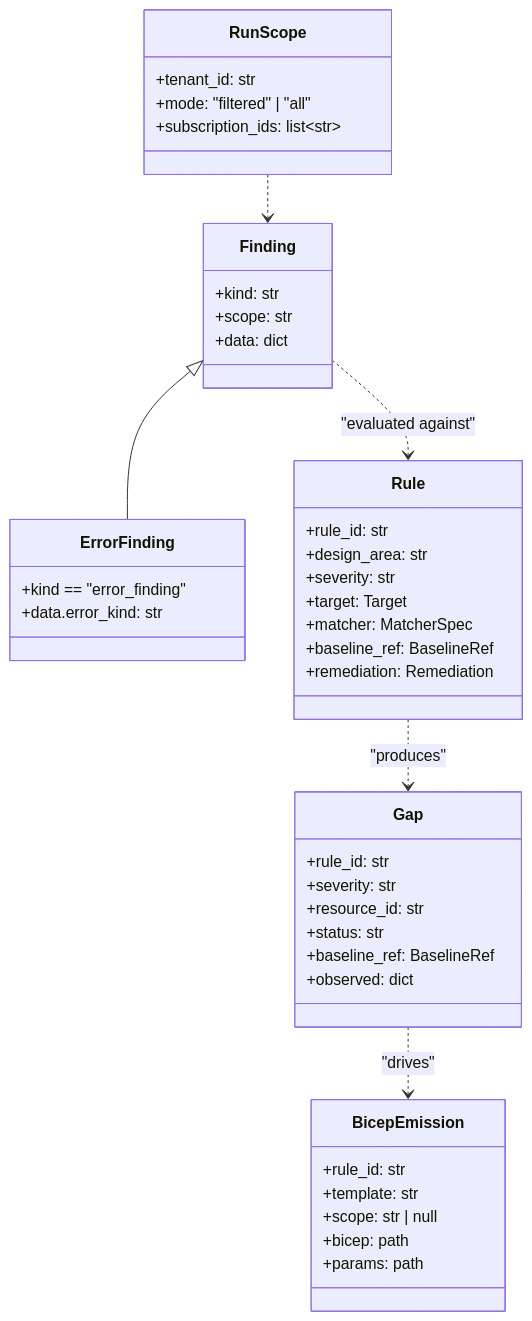
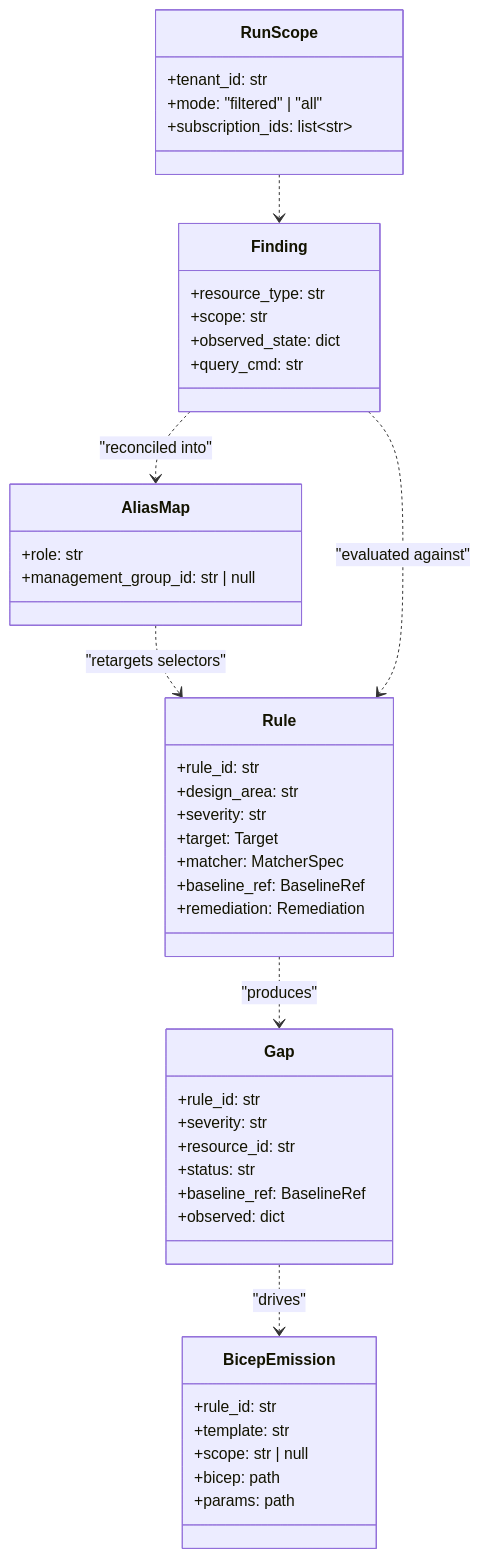
The second of 5 diagrams in wiki/docs/deep-dive/architecture.md (msucharda/slz-readiness), drawn with Mermaid before and after one commit. The commit also changed other lines of this file and 39 other files, not shown here.

````diff
--- a/wiki/docs/deep-dive/architecture.md
+++ b/wiki/docs/deep-dive/architecture.md
@@ -75,52 +78,54 @@
 ```mermaid
 classDiagram
     class RunScope {
         +tenant_id: str
         +mode: "filtered" | "all"
         +subscription_ids: list~str~
     }
 
     class Finding {
-        +kind: str
+        +resource_type: str
         +scope: str
-        +data: dict
+        +observed_state: dict
+        +query_cmd: str
     }
 
-    class ErrorFinding {
-        +kind == "error_finding"
-        +data.error_kind: str
+    class AliasMap {
+        +role: str
+        +management_group_id: str | null
     }
 
     class Rule {
         +rule_id: str
         +design_area: str
         +severity: str
         +target: Target
         +matcher: MatcherSpec
         +baseline_ref: BaselineRef
         +remediation: Remediation
     }
 
     class Gap {
         +rule_id: str
         +severity: str
         +resource_id: str
         +status: str
         +baseline_ref: BaselineRef
         +observed: dict
     }
 
     class BicepEmission {
         +rule_id: str
         +template: str
         +scope: str | null
         +bicep: path
         +params: path
     }
 
     RunScope ..> Finding
-    Finding <|-- ErrorFinding
+    Finding ..> AliasMap : "reconciled into"
+    AliasMap ..> Rule : "retargets selectors"
     Finding ..> Rule : "evaluated against"
     Rule ..> Gap : "produces"
     Gap ..> BicepEmission : "drives"
 ```
````
